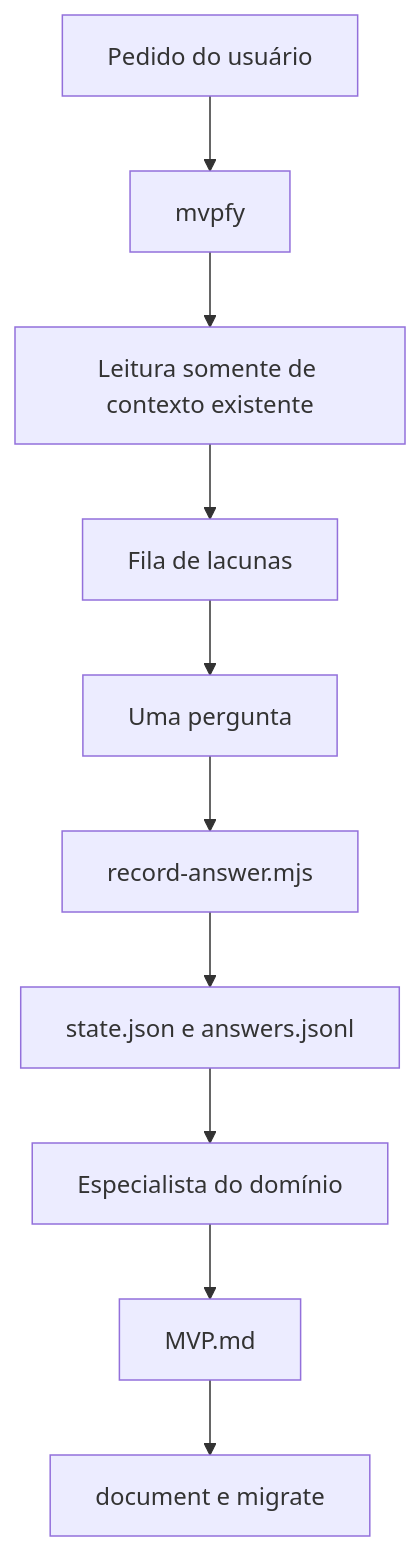
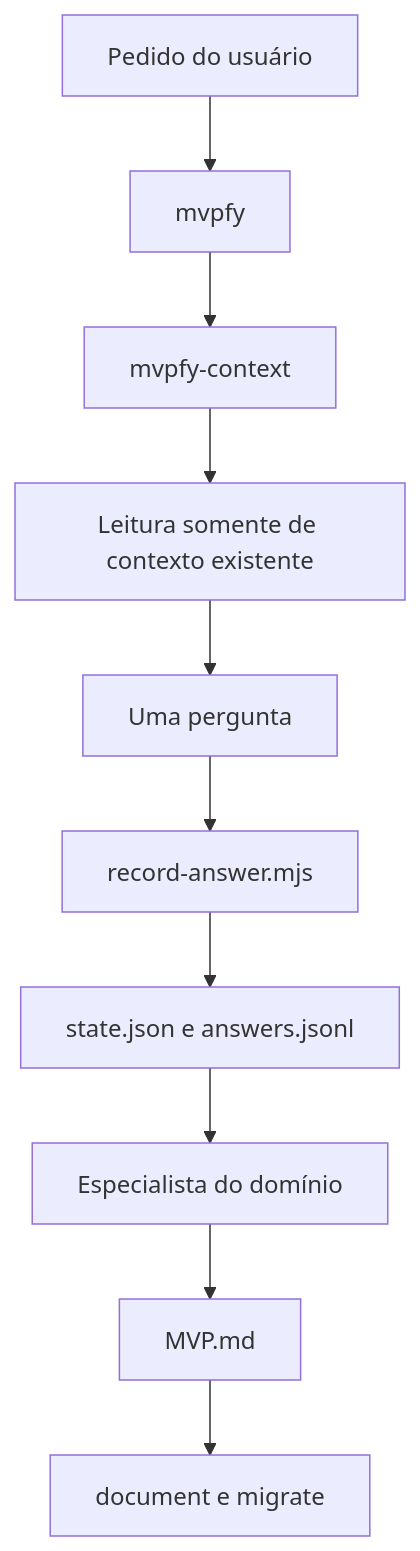
The diagram in docs/develop/arquitetura.md (promovaweb/mvpfy), drawn with Mermaid before and after one commit. The commit also changed other lines of this file and 30 other files, not shown here.

````diff
--- a/docs/develop/arquitetura.md
+++ b/docs/develop/arquitetura.md
@@ -9,12 +9,12 @@
 ```mermaid
 flowchart TD
     A[Pedido do usuário] --> B[mvpfy]
-    B --> C[Leitura somente de contexto existente]
-    C --> D[Fila de lacunas]
+    B --> C[mvpfy-context]
+    C --> D[Leitura somente de contexto existente]
     D --> E[Uma pergunta]
     E --> F[record-answer.mjs]
     F --> G[state.json e answers.jsonl]
     G --> H[Especialista do domínio]
     H --> I[MVP.md]
     I --> J[document e migrate]
 ```
````
